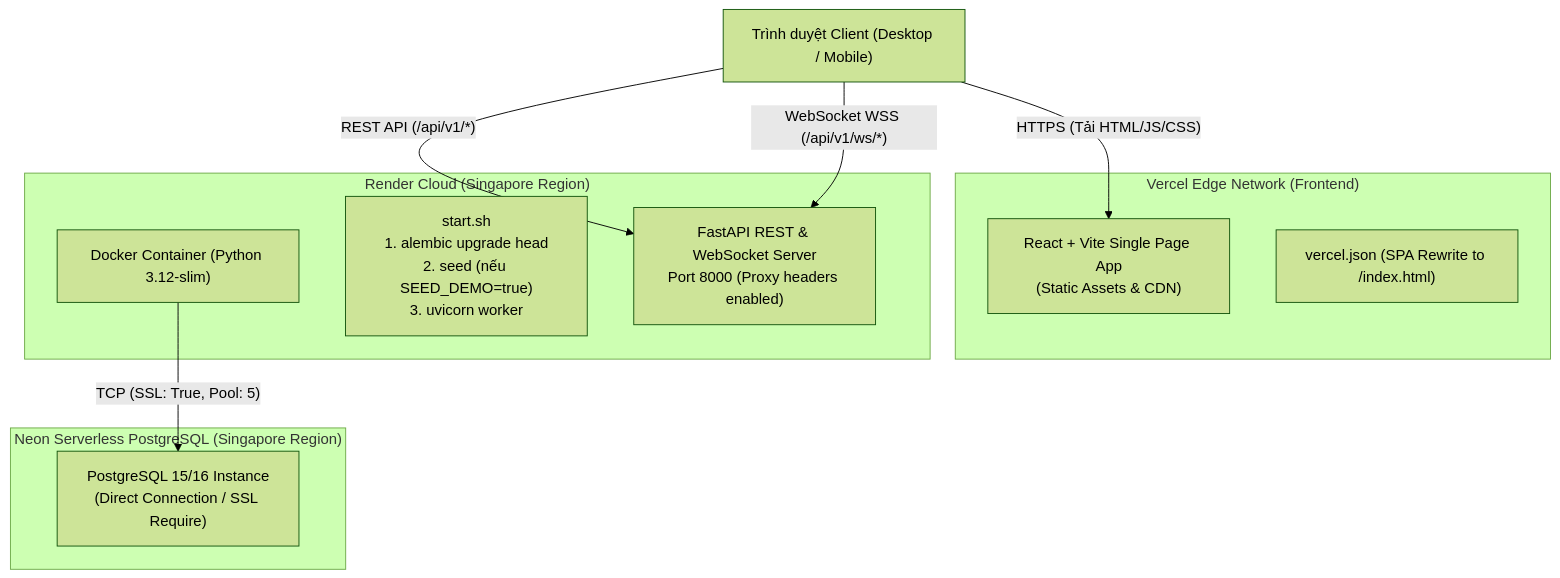
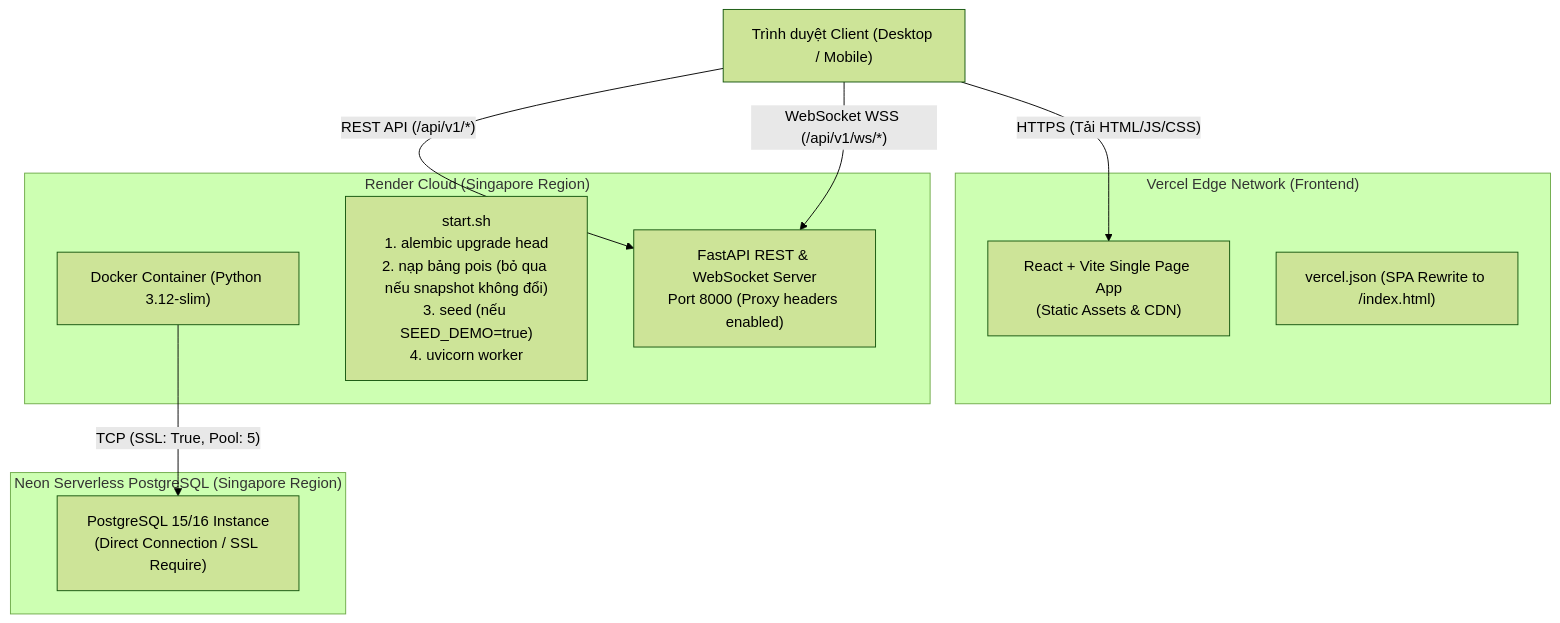
One commit to luchub-19/didau changed the diagram in docs/DEPLOY.md. Above: the diagram before and after it, drawn with Mermaid (forest theme). The commit also changed other lines of this file and 27 other files, not shown here.

````diff
--- a/docs/DEPLOY.md
+++ b/docs/DEPLOY.md
@@ -9,24 +9,24 @@
 ```mermaid
 flowchart TD
     Client["Trình duyệt Client (Desktop / Mobile)"]
     
     subgraph Vercel["Vercel Edge Network (Frontend)"]
         SPA["React + Vite Single Page App<br/>(Static Assets & CDN)"]
         VercelConfig["vercel.json (SPA Rewrite to /index.html)"]
     end
     
     subgraph Render["Render Cloud (Singapore Region)"]
         Docker["Docker Container (Python 3.12-slim)"]
-        StartScript["start.sh<br/>1. alembic upgrade head<br/>2. seed (nếu SEED_DEMO=true)<br/>3. uvicorn worker"]
+        StartScript["start.sh<br/>1. alembic upgrade head<br/>2. nạp bảng pois (bỏ qua nếu snapshot không đổi)<br/>3. seed (nếu SEED_DEMO=true)<br/>4. uvicorn worker"]
         FastAPI["FastAPI REST & WebSocket Server<br/>Port 8000 (Proxy headers enabled)"]
     end
     
     subgraph Neon["Neon Serverless PostgreSQL (Singapore Region)"]
         Postgres["PostgreSQL 15/16 Instance<br/>(Direct Connection / SSL Require)"]
     end
     
     Client -->|"HTTPS (Tải HTML/JS/CSS)"| SPA
     Client -->|"REST API (/api/v1/*)"| FastAPI
     Client -->|"WebSocket WSS (/api/v1/ws/*)"| FastAPI
     Docker -->|"TCP (SSL: True, Pool: 5)"| Postgres
 ```
````
